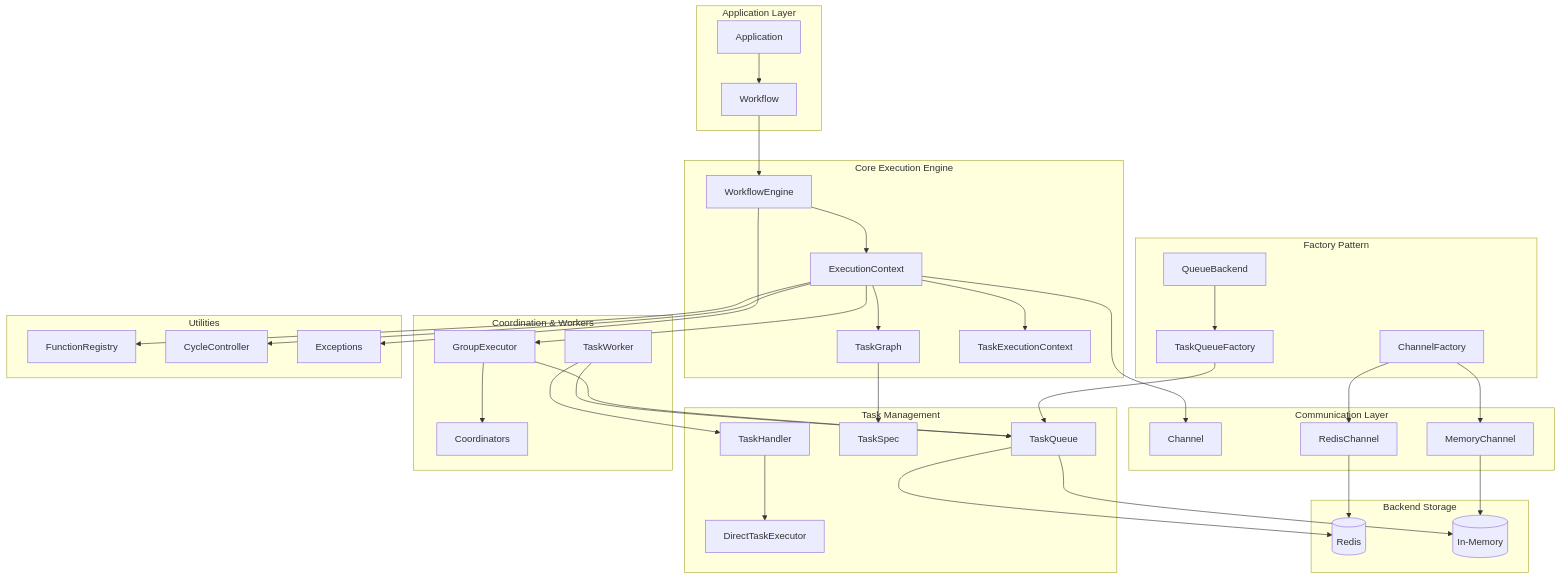
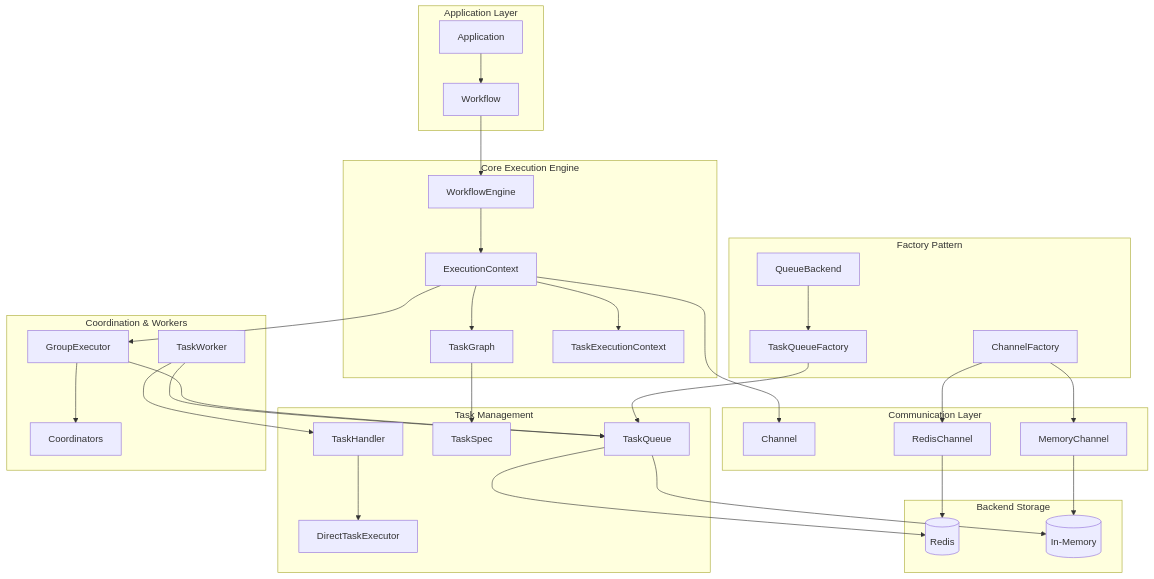
The first of 9 diagrams in docs/architecture_ja.md (GraflowAI/graflow), drawn with Mermaid before and after one commit.

Commit message:
Remove non-important utilities section from architecture graph

````diff
--- a/docs/architecture_ja.md
+++ b/docs/architecture_ja.md
@@ -7,80 +7,70 @@
 ```mermaid
 graph TB
     subgraph "Application Layer"
         APP[Application]
         WF[Workflow]
     end
 
     subgraph "Core Execution Engine"
         WE[WorkflowEngine]
         EC[ExecutionContext]
         TG[TaskGraph]
         TC[TaskExecutionContext]
     end
 
     subgraph "Task Management"
         TQ[TaskQueue]
         TS[TaskSpec]
         TH[TaskHandler]
         DTE[DirectTaskExecutor]
     end
 
     subgraph "Communication Layer"
         CH[Channel]
         RC[RedisChannel]
         MC[MemoryChannel]
     end
 
     subgraph "Coordination & Workers"
         GE[GroupExecutor]
         TW[TaskWorker]
         COORD[Coordinators]
     end
 
     subgraph "Factory Pattern"
         CF[ChannelFactory]
         QF[TaskQueueFactory]
         QB[QueueBackend]
     end
 
     subgraph "Backend Storage"
         Redis[(Redis)]
         Memory[(In-Memory)]
     end
 
-    subgraph "Utilities"
-        FR[FunctionRegistry]
-        CC[CycleController]
-        EXC[Exceptions]
-    end
-
     APP --> WF
     WF --> WE
     WE --> EC
     EC --> TG
     EC --> TC
     EC --> CH
     EC --> GE
 
     TG --> TS
     TH --> DTE
     TW --> TQ
     TW --> TH
 
     GE --> COORD
     GE --> TQ
 
     CF --> MC
     CF --> RC
     QF --> TQ
     QB --> QF
 
     RC --> Redis
     MC --> Memory
     TQ --> Redis
     TQ --> Memory
-
-    EC --> FR
-    EC --> CC
-    WE --> EXC
 ```
````
